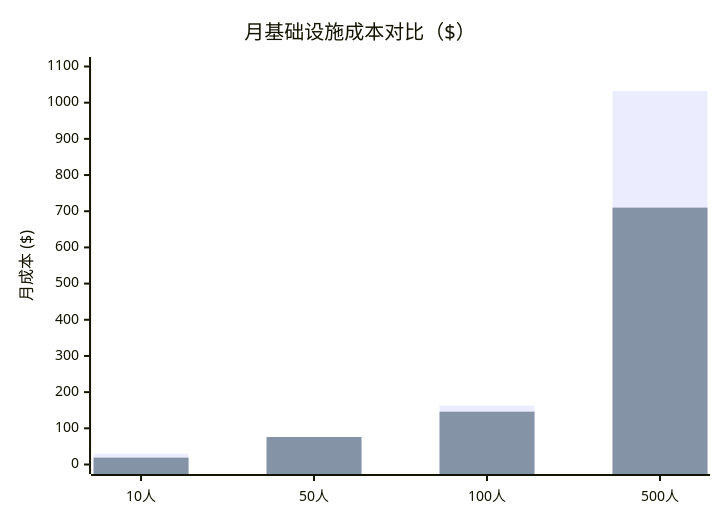
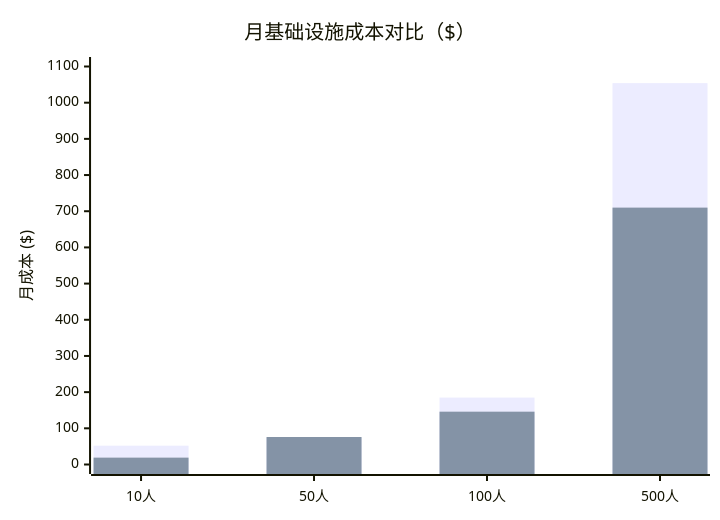
Diagram 13 of 14 in docs/architecture.md (jiayiyan-AI/laifu), drawn with Mermaid before and after one commit. The commit also changed other lines of this file and 72 other files, not shown here.

````diff
--- a/docs/architecture.md
+++ b/docs/architecture.md
@@ -967,8 +981,8 @@
 ```mermaid
 xychart-beta
     title "月基础设施成本对比（$）"
     x-axis ["10人", "50人", "100人", "500人"]
     y-axis "月成本 ($)" 0 --> 1100
-    bar "Azure" [30, 52, 163, 1032]
+    bar "Azure" [52, 74, 185, 1054]
     bar "CF+Fly" [19, 76, 146, 710]
 ```
````
